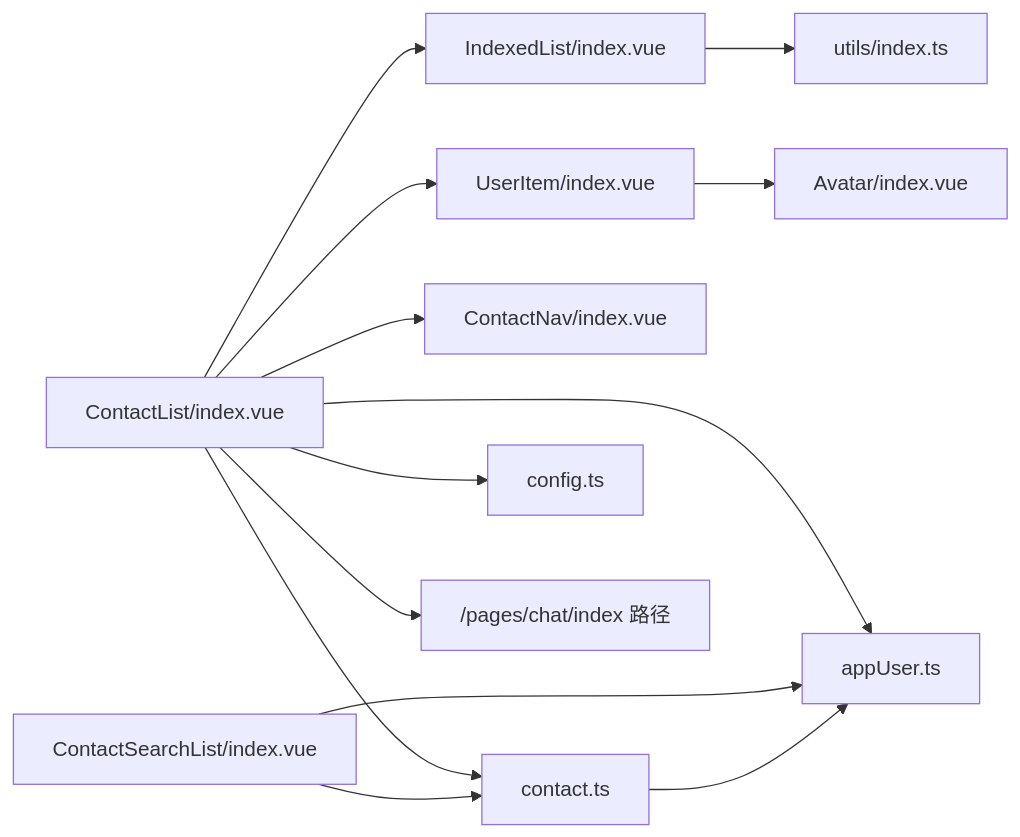
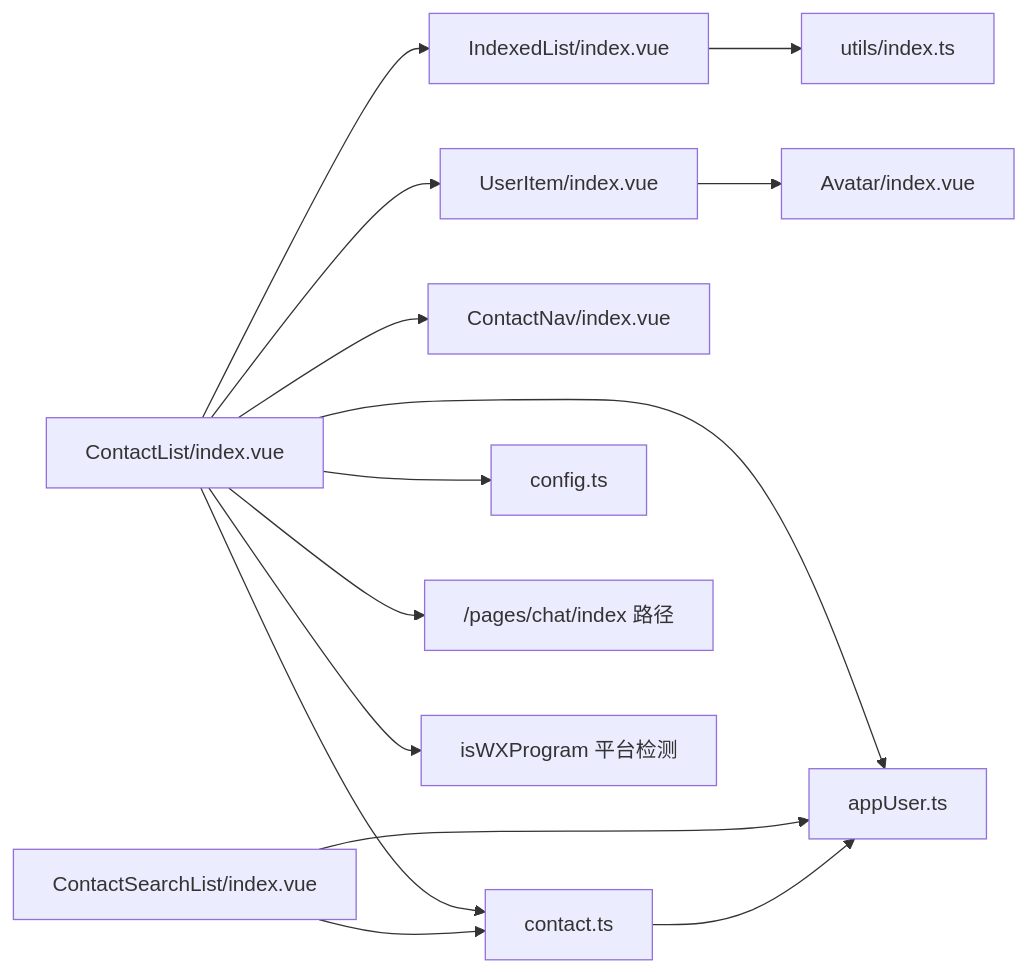
One commit to Easemob-Community/easemob-uikit-uniapp-community changed the eighth of 8 diagrams in .qoder/repowiki/zh/content/联系人模块/联系人列表.md. Above: the diagram before and after it, drawn with Mermaid. The commit also changed other lines of this file and 6 other files, not shown here.

````diff
--- a/.qoder/repowiki/zh/content/联系人模块/联系人列表.md
+++ b/.qoder/repowiki/zh/content/联系人模块/联系人列表.md
@@ -437,15 +487,16 @@
 ```mermaid
 graph LR
 CL["ContactList/index.vue"] --> IL["IndexedList/index.vue"]
 CL --> UI["UserItem/index.vue"]
 CL --> CN["ContactNav/index.vue"]
 CL --> CS["contact.ts"]
 CL --> AUS["appUser.ts"]
 CL --> CONF["config.ts"]
 IL --> UT["utils/index.ts"]
 UI --> AV["Avatar/index.vue"]
 AS["ContactSearchList/index.vue"] --> CS
 AS --> AUS
 CS --> AUS
 CL --> NAV["/pages/chat/index 路径"]
+CL --> PLATFORM["isWXProgram 平台检测"]
 ```
````
